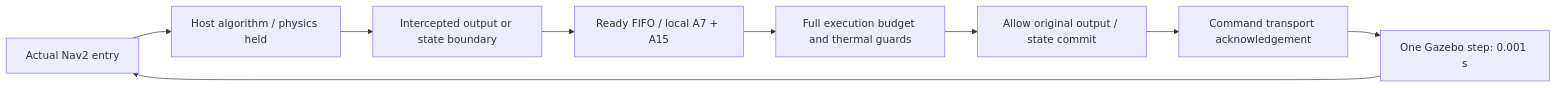
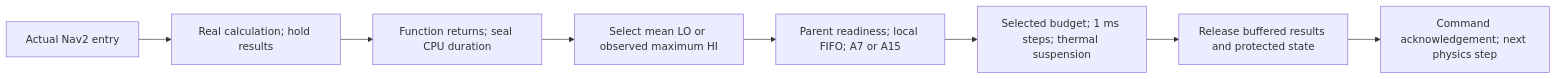
The diagram in docs/live-bridge.en.md (JavadiSM/nav2-monaco-scheduling-modeling), drawn with Mermaid before and after one commit. The commit also changed other lines of this file and 22 other files, not shown here.

````diff
--- a/docs/live-bridge.en.md
+++ b/docs/live-bridge.en.md
@@ -17,11 +56,10 @@
 ```mermaid
 flowchart LR
-    A[Actual Nav2 entry] --> B[Host algorithm / physics held]
-    B --> C[Intercepted output or state boundary]
-    C --> D[Ready FIFO / local A7 + A15]
-    D --> E[Full execution budget and thermal guards]
-    E --> F[Allow original output / state commit]
-    F --> G[Command transport acknowledgement]
-    G --> H[One Gazebo step: 0.001 s]
-    H --> A
+    A[Actual Nav2 entry] --> B[Real calculation; hold results]
+    B --> C[Function returns; seal CPU duration]
+    C --> D[Select mean LO or observed maximum HI]
+    D --> E[Parent readiness; local FIFO; A7 or A15]
+    E --> F[Selected budget; 1 ms steps; thermal suspension]
+    F --> G[Release buffered results and protected state]
+    G --> H[Command acknowledgement; next physics step]
 ```
````
